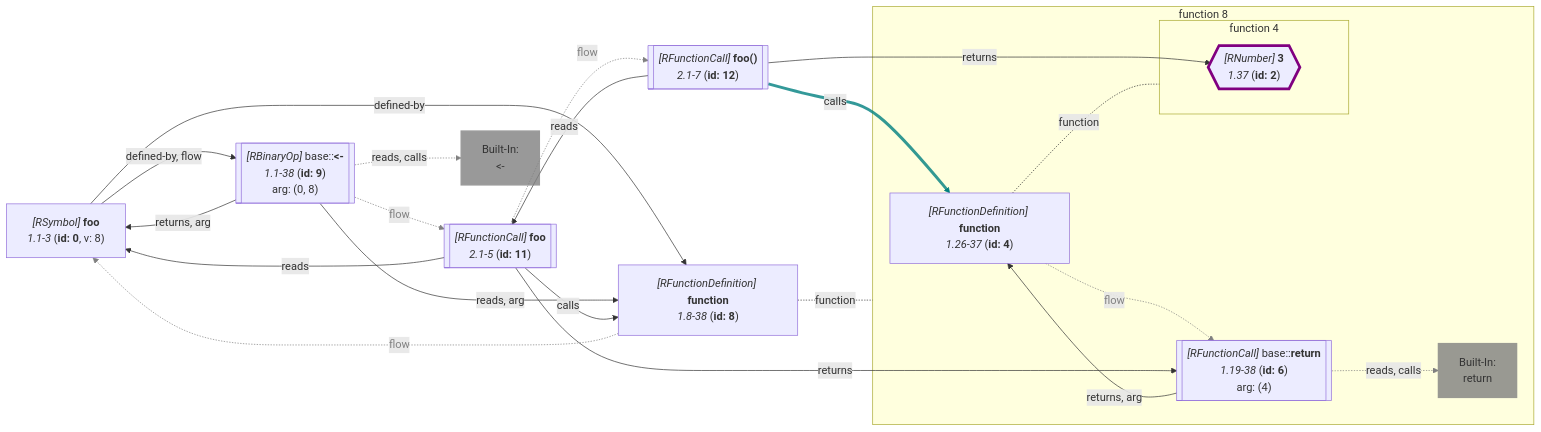
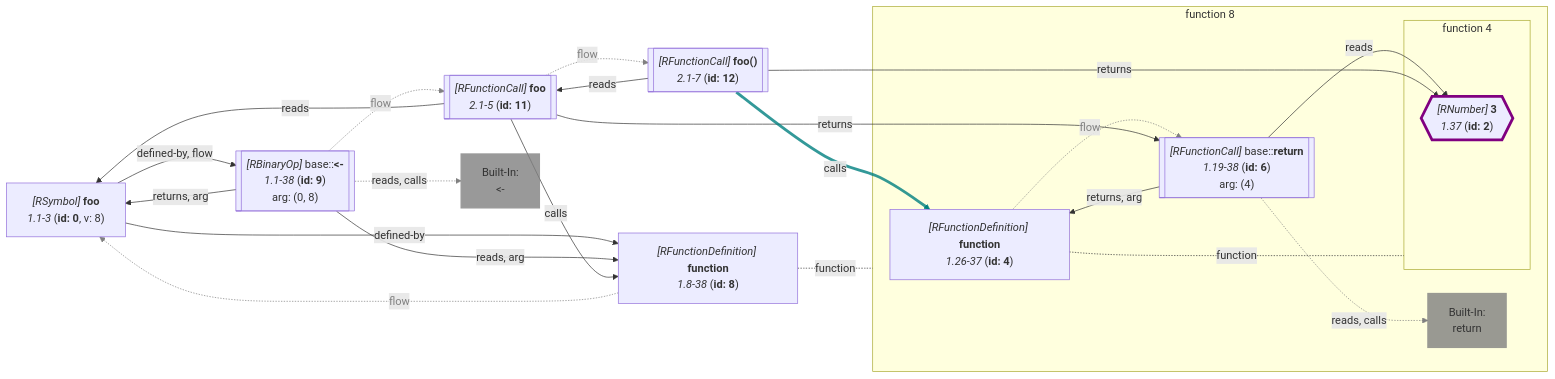
Before and after one commit to flowr-analysis/flowr: diagram 20 of 60 in wiki/Dataflow Graph.md, drawn with Mermaid. The commit also changed other lines of this file and 37 other files, not shown here.

````diff
--- a/wiki/Dataflow Graph.md
+++ b/wiki/Dataflow Graph.md
@@ -2231,75 +2232,76 @@
 ```mermaid
 flowchart LR
     8["`*#91;RFunctionDefinition#93;* **function**
       *1.8-38* (**id: 8**)`"]
 
 subgraph "flow-8" [function 8]
     %% Environment of 4 [level: 1]:
     %% Built-in
     %% 1----------------------------------------
     %% 2----------------------------------------
     4["`*#91;RFunctionDefinition#93;* **function**
       *1.26-37* (**id: 4**)`"]
 
 subgraph "flow-4" [function 4]
     2{{"`*#91;RNumber#93;* **3**
       *1.37* (**id: 2**)`"}}
    %% No edges found for 2
     style 2 stroke:purple,stroke-width:4px; 
 end
     6[["`*#91;RFunctionCall#93;* base#58;#58;**return**
       *1.19-38* (**id: 6**)
     arg: (4)`"]]
     built-in:return["`Built-In:
 return`"]
     style built-in:return stroke:gray,fill:gray,stroke-width:2px,opacity:.8;
 end
     0["`*#91;RSymbol#93;* **foo**
       *1.1-3* (**id: 0**, v: 8)`"]
     9[["`*#91;RBinaryOp#93;* base#58;#58;**#60;#45;**
       *1.1-38* (**id: 9**)
     arg: (0, 8)`"]]
     built-in:_-["`Built-In:
 #60;#45;`"]
     style built-in:_- stroke:gray,fill:gray,stroke-width:2px,opacity:.8;
     %% Environment of 11 [level: 0]:
     %% Built-in
     %% 1----------------------------------------
     %%   foo: {**foo** (id: 0, type: Function, def. @9)}
     11[["`*#91;RFunctionCall#93;* **foo**
       *2.1-5* (**id: 11**)`"]]
     %% Environment of 12 [level: 0]:
     %% Built-in
     %% 1----------------------------------------
     %%   foo: {**foo** (id: 0, type: Function, def. @9)}
     12[["`*#91;RFunctionCall#93;* **foo()**
       *2.1-7* (**id: 12**)`"]]
 4 -.-|function| flow-4
 
     4 -.->|"flow"| 6
     linkStyle 1 stroke:gray,color:gray;
+    6 -->|"reads"| 2
     6 -->|"returns, arg"| 4
     6 -.->|"reads, calls"| built-in:return
-    linkStyle 3 stroke:gray;
+    linkStyle 4 stroke:gray;
 8 -.-|function| flow-8
 
     8 -.->|"flow"| 0
-    linkStyle 5 stroke:gray,color:gray;
+    linkStyle 6 stroke:gray,color:gray;
     0 -->|"defined-by, flow"| 9
     0 -->|"defined-by"| 8
     9 -->|"reads, arg"| 8
     9 -->|"returns, arg"| 0
     9 -.->|"reads, calls"| built-in:_-
-    linkStyle 10 stroke:gray;
+    linkStyle 11 stroke:gray;
     9 -.->|"flow"| 11
-    linkStyle 11 stroke:gray,color:gray;
+    linkStyle 12 stroke:gray,color:gray;
     11 -.->|"flow"| 12
-    linkStyle 12 stroke:gray,color:gray;
+    linkStyle 13 stroke:gray,color:gray;
     11 -->|"reads"| 0
     11 -->|"returns"| 6
     11 -->|"calls"| 8
     12 -->|"reads"| 11
     12 -->|"returns"| 2
     12 -->|"calls"| 4
-    linkStyle 18 stroke:teal,stroke-width:4.2px,stroke-opacity:.8
+    linkStyle 19 stroke:teal,stroke-width:4.2px,stroke-opacity:.8
 ```
````
